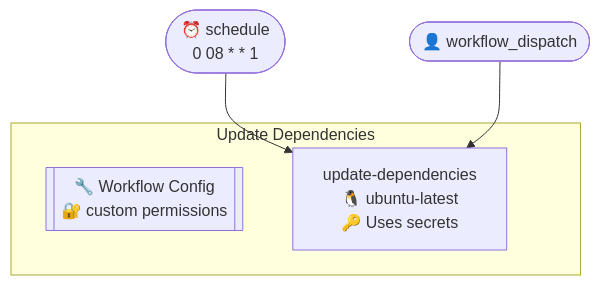
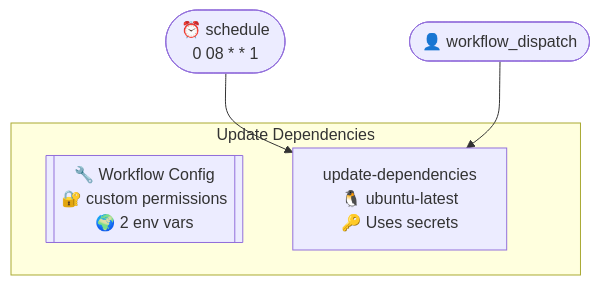
Before and after one commit to http4k/www: the first of 2 diagrams in .github/typeflows/update-dependencies/README.md, drawn with Mermaid. The commit also changed other lines of this file and 9 other files, not shown here.

````diff
--- a/.github/typeflows/update-dependencies/README.md
+++ b/.github/typeflows/update-dependencies/README.md
@@ -3,12 +3,12 @@
 ```mermaid
 %%{init: {"flowchart": {"curve": "basis"}}}%%
 flowchart TD
     schedule(["⏰ schedule<br/>0 08 * * 1"])
     workflowdispatch(["👤 workflow_dispatch"])
     subgraph updatedependenciesyml["Update Dependencies"]
-        updatedependenciesyml_metadata[["🔧 Workflow Config<br/>🔐 custom permissions"]]
+        updatedependenciesyml_metadata[["🔧 Workflow Config<br/>🔐 custom permissions<br/>🌍 2 env vars"]]
         updatedependenciesyml_updatedependencies["update-dependencies<br/>🐧 ubuntu-latest<br/>🔑 Uses secrets"]
     end
     schedule --> updatedependenciesyml_updatedependencies
     workflowdispatch --> updatedependenciesyml_updatedependencies
 ```
````
